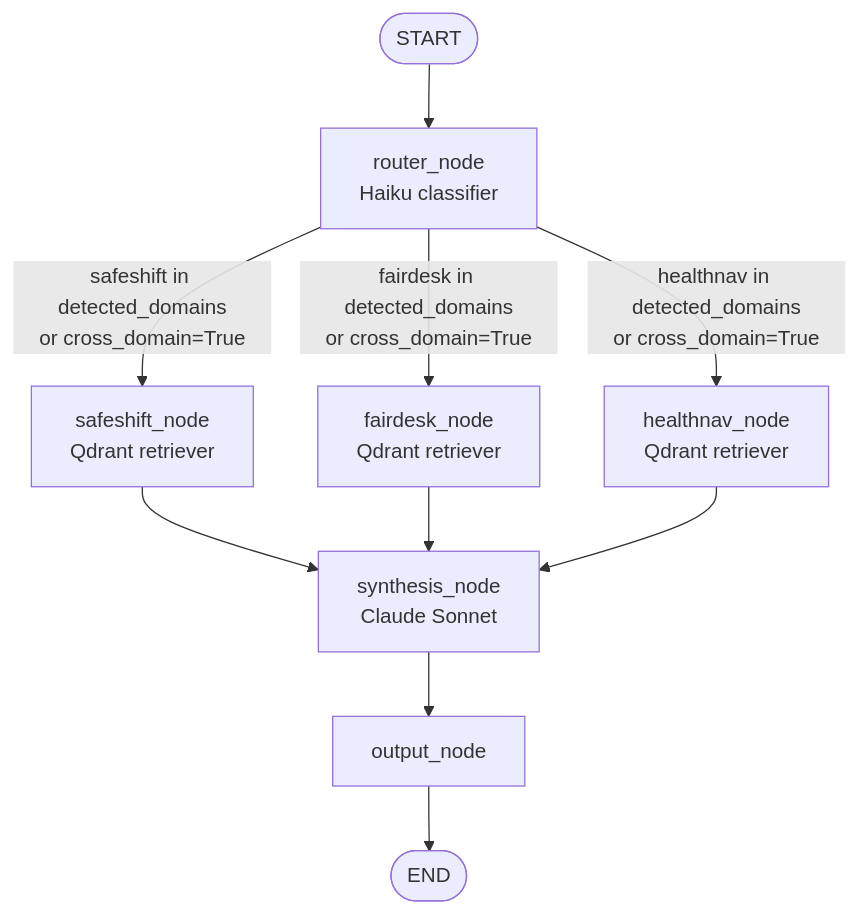
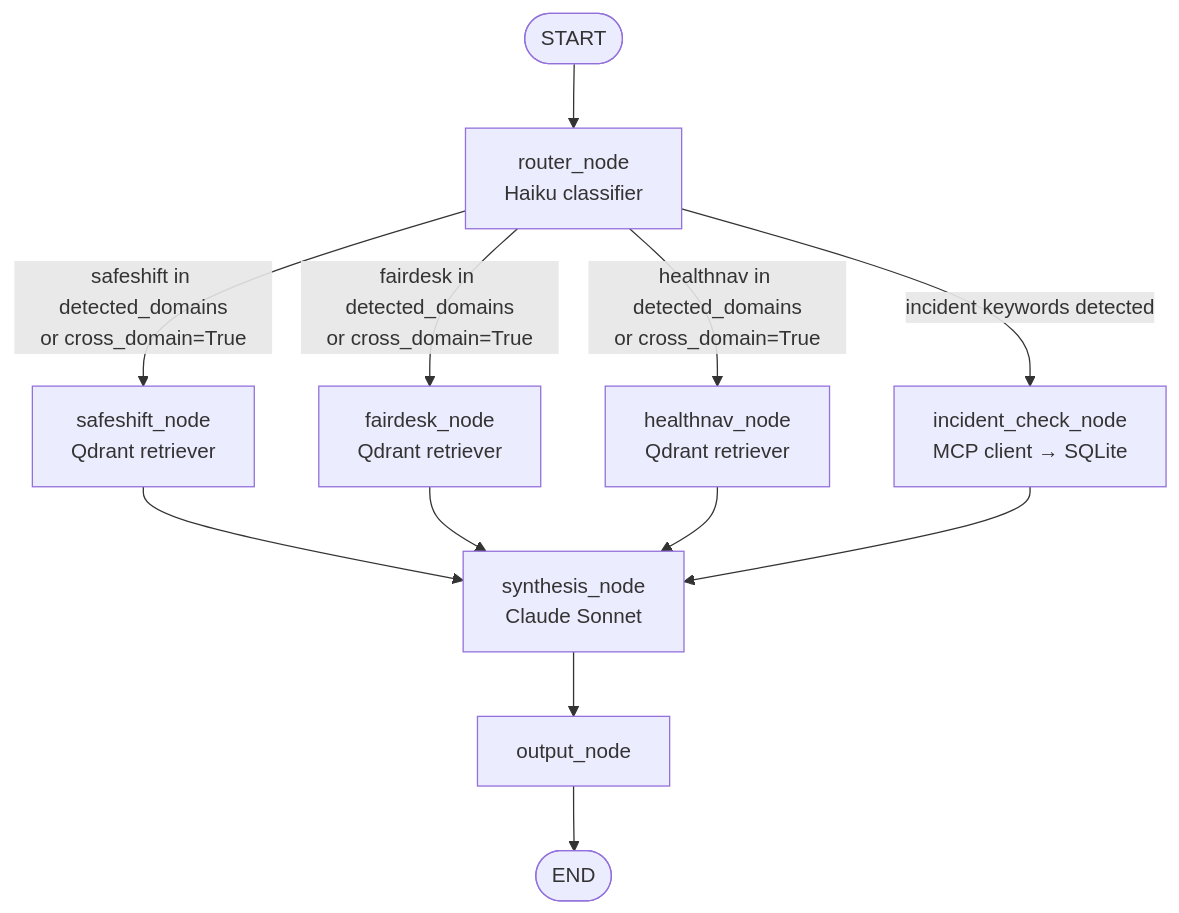
Before and after one commit to rajesh5983/workershield-v1: the diagram in CLAUDE.md, drawn with Mermaid. The commit also changed other lines of this file and 3 other files, not shown here.

````diff
--- a/CLAUDE.md
+++ b/CLAUDE.md
@@ -78,20 +83,22 @@
 ```mermaid
 %% WorkerShield — LangGraph State Machine
 flowchart TD
     START([START])
     router["router_node\nHaiku classifier"]
     ss["safeshift_node\nQdrant retriever"]
     fd["fairdesk_node\nQdrant retriever"]
     hn["healthnav_node\nQdrant retriever"]
+    ic["incident_check_node\nMCP client → SQLite"]
     synth["synthesis_node\nClaude Sonnet"]
     out["output_node"]
     END([END])
 
     START --> router
     router -->|"safeshift in detected_domains\nor cross_domain=True"| ss
     router -->|"fairdesk in detected_domains\nor cross_domain=True"| fd
     router -->|"healthnav in detected_domains\nor cross_domain=True"| hn
-    ss & fd & hn --> synth
+    router -->|"incident keywords detected"| ic
+    ss & fd & hn & ic --> synth
     synth --> out
     out --> END
 ```
````
